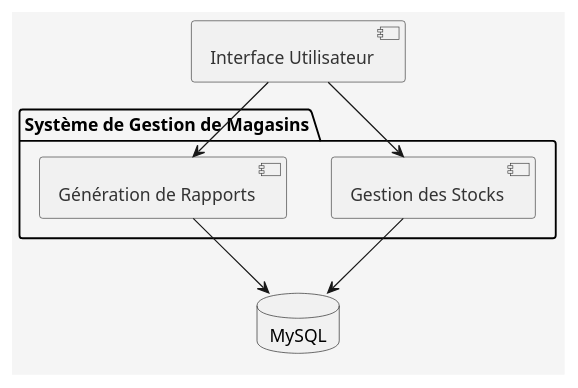
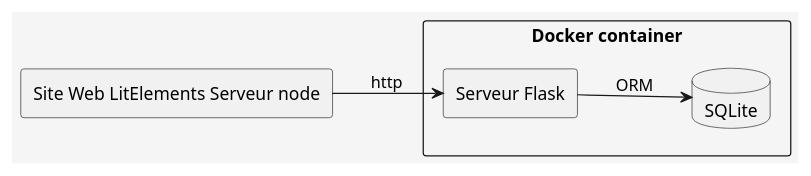
One commit to ErwanDerrien/GestionnaireMagasin changed the diagram in docs_lab2/UML/BlockViewLevel1.puml. Above: the diagram before and after it, drawn with PlantUML. The commit also changed 25 other files, not shown here.

```diff
--- a/docs_lab2/UML/BlockViewLevel1.puml
+++ b/docs_lab2/UML/BlockViewLevel1.puml
@@ -1,22 +1,21 @@
 @startuml Niveau1
+left to right direction
+
 skinparam {
   BackgroundColor #F5F5F5
   ComponentBorderColor #333
   ComponentFontColor #333
 }
 
-
-package "Système de Gestion de Magasins" as system {
-  [Gestion des Stocks] as stocks
-  [Génération de Rapports] as rapports
+rectangle "Docker container" {
+  rectangle "Serveur Flask" as sf
+  database "SQLite" as db
 }
 
-[Interface Utilisateur] as ui
-database "MySQL" as db
 
-stocks -r-> db
-rapports --> db
-ui --> stocks
-ui --> rapports
+rectangle "Site Web LitElements Serveur node" as ui
+
+sf --> db : ORM
+ui --> sf : http
 
 @enduml
```
